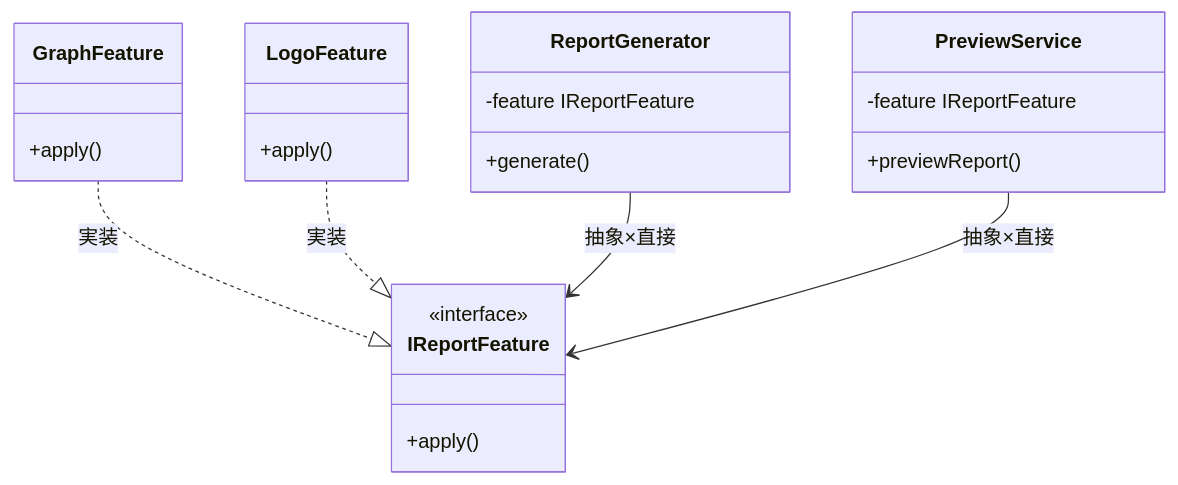
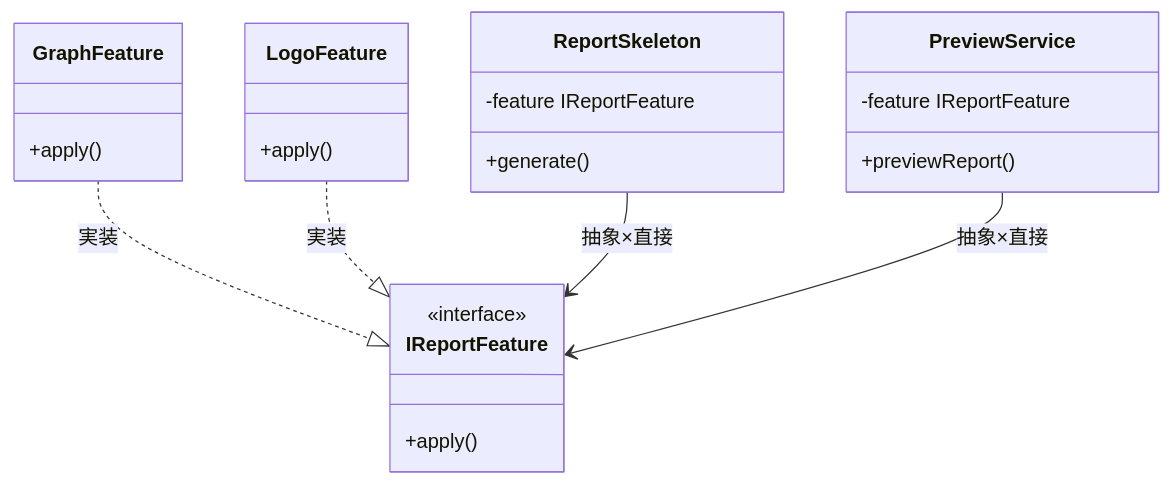
One commit to kumachan1101-pixel/DesignPattern changed the fifth of 9 diagrams in kindle/design-patterns/output/chapter11.md. Above: the diagram before and after it, drawn with Mermaid. The commit also changed other lines of this file, not shown here.

````diff
--- a/kindle/design-patterns/output/chapter11.md
+++ b/kindle/design-patterns/output/chapter11.md
@@ -630,25 +630,25 @@
 ```mermaid
 classDiagram
     class IReportFeature {
         <<interface>>
         +apply()
     }
-    class ReportGenerator {
+    class ReportSkeleton {
         -feature IReportFeature
         +generate()
     }
     class PreviewService {
         -feature IReportFeature
         +previewReport()
     }
     class GraphFeature {
         +apply()
     }
     class LogoFeature {
         +apply()
     }
     GraphFeature ..|> IReportFeature : 実装
     LogoFeature ..|> IReportFeature : 実装
-    ReportGenerator --> IReportFeature : 抽象×直接
+    ReportSkeleton --> IReportFeature : 抽象×直接
     PreviewService --> IReportFeature : 抽象×直接
 ```
````
